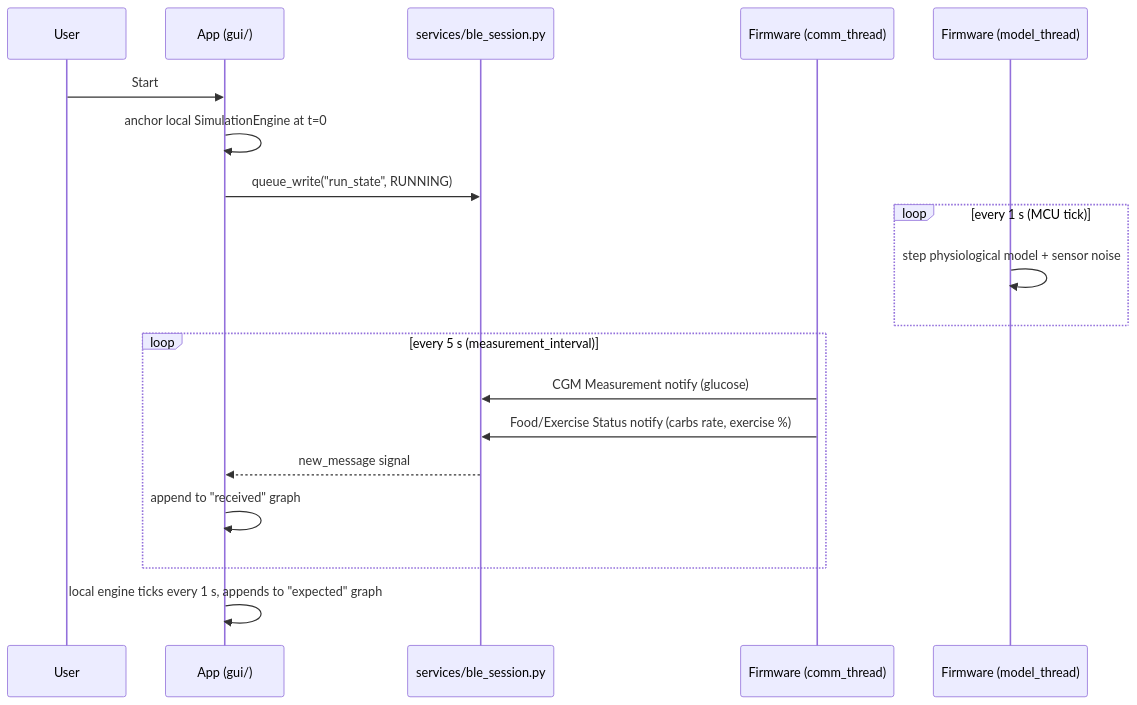
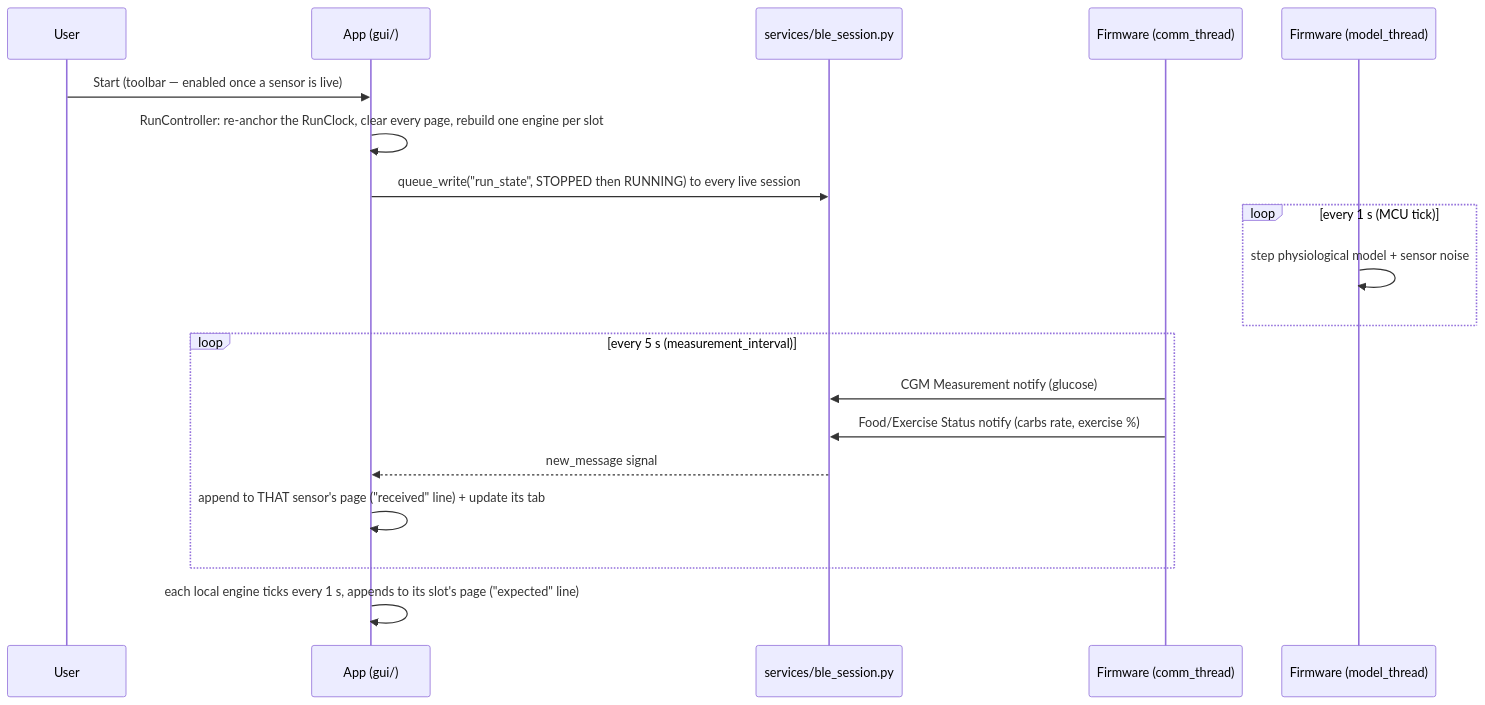
One commit to gomes717/SensorSimulator changed the first of 6 diagrams in docs/ARCHITECTURE.md. Above: the diagram before and after it, drawn with Mermaid. The commit also changed other lines of this file and 67 other files, not shown here.

First line of the commit message:
feat(gui): tabbed sensor UI, Start pushes the app profile to the board

````diff
--- a/docs/ARCHITECTURE.md
+++ b/docs/ARCHITECTURE.md
@@ -93,22 +93,22 @@
 ```mermaid
 sequenceDiagram
     participant U as User
     participant App as App (gui/)
     participant BLE as services/ble_session.py
     participant FW as Firmware (comm_thread)
     participant Model as Firmware (model_thread)
 
-    U->>App: Start
-    App->>App: anchor local SimulationEngine at t=0
-    App->>BLE: queue_write("run_state", RUNNING)
+    U->>App: Start (toolbar — enabled once a sensor is live)
+    App->>App: RunController: re-anchor the RunClock, clear every page, rebuild one engine per slot
+    App->>BLE: queue_write("run_state", STOPPED then RUNNING) to every live session
     loop every 1 s (MCU tick)
         Model->>Model: step physiological model + sensor noise
     end
     loop every 5 s (measurement_interval)
         FW->>BLE: CGM Measurement notify (glucose)
         FW->>BLE: Food/Exercise Status notify (carbs rate, exercise %)
         BLE-->>App: new_message signal
-        App->>App: append to "received" graph
+        App->>App: append to THAT sensor's page ("received" line) + update its tab
     end
-    App->>App: local engine ticks every 1 s, appends to "expected" graph
+    App->>App: each local engine ticks every 1 s, appends to its slot's page ("expected" line)
 ```
````
